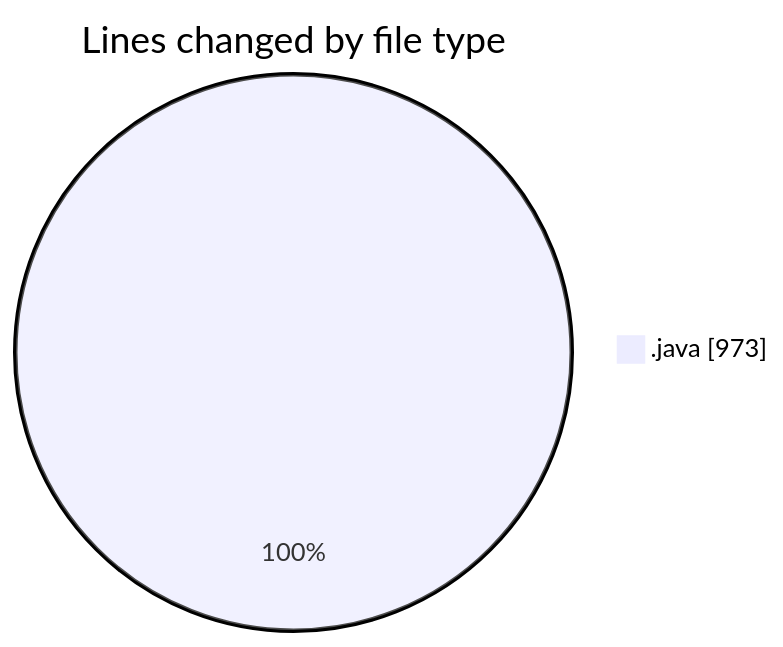
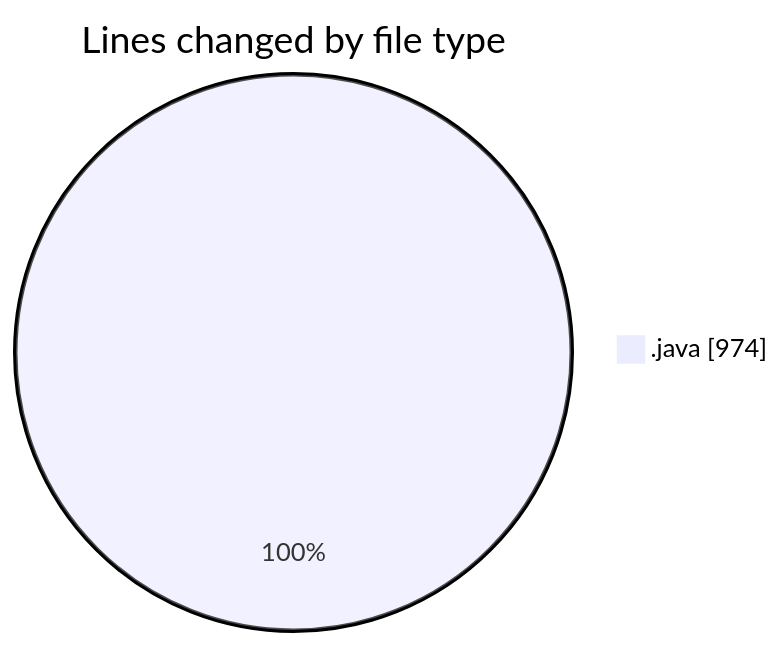
The first of 2 diagrams in 2026-09-28/cilofertascomerciales/README.md (ricardozamudiocil/code-tracking), drawn with Mermaid before and after one commit. The commit also changed other lines of this file and 1 other file, not shown here.

````diff
--- a/2026-09-28/cilofertascomerciales/README.md
+++ b/2026-09-28/cilofertascomerciales/README.md
@@ -20,5 +20,5 @@
 ```mermaid
 pie showData
 title Lines changed by file type
-".java" : 973
+".java" : 974
 ```
````
